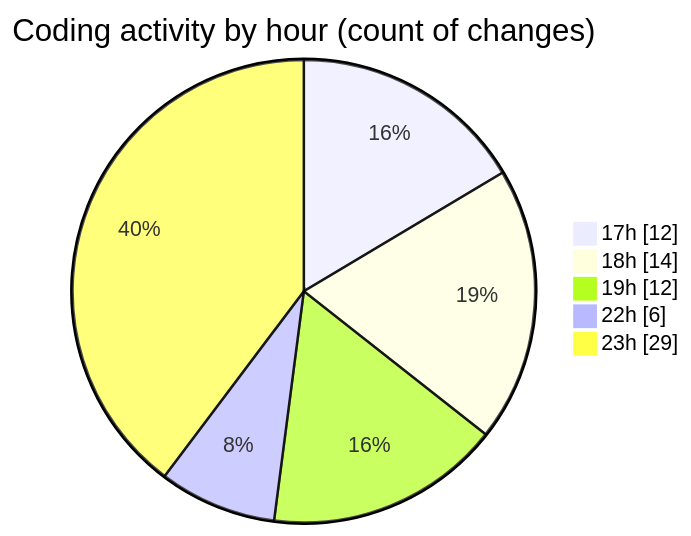
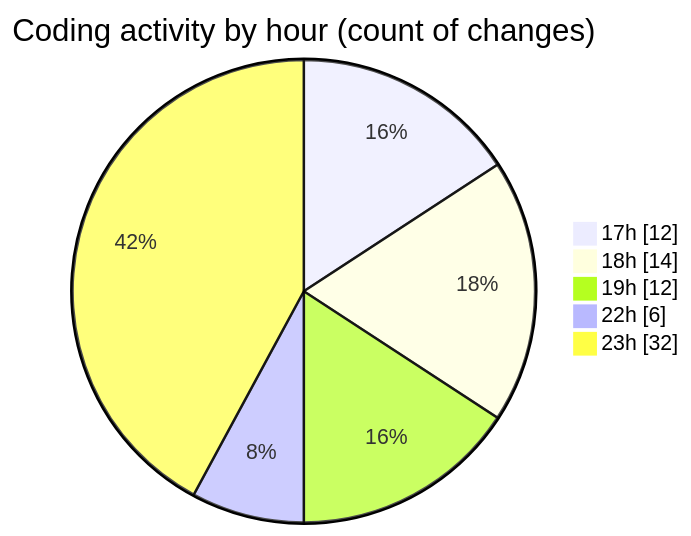
One commit to donsfak/code-tracking changed the second of 2 diagrams in 2025-02-16/uber_clone/README.md. Above: the diagram before and after it, drawn with Mermaid. The commit also changed other lines of this file and 1 other file, not shown here.

````diff
--- a/2025-02-16/uber_clone/README.md
+++ b/2025-02-16/uber_clone/README.md
@@ -44,9 +44,9 @@
 ```mermaid
 pie showData
 title Coding activity by hour (count of changes)
 "17h" : 12
 "18h" : 14
 "19h" : 12
 "22h" : 6
-"23h" : 29
+"23h" : 32
 ```
````
